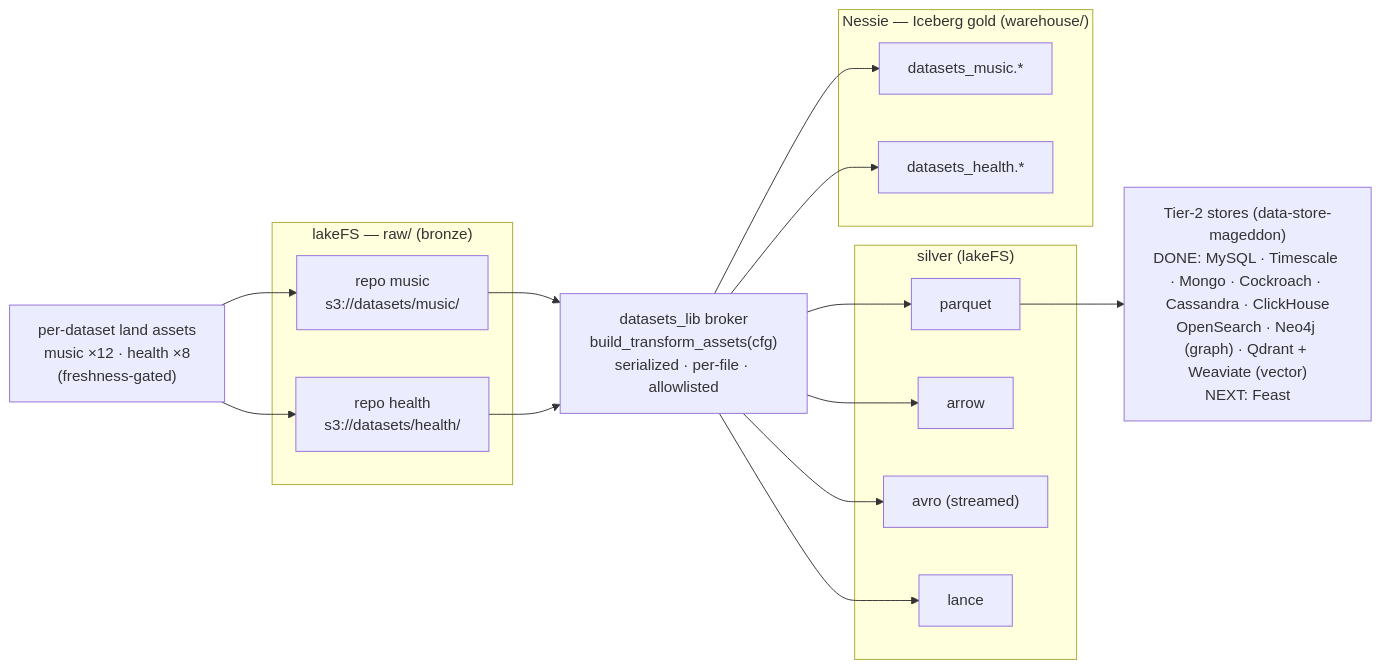
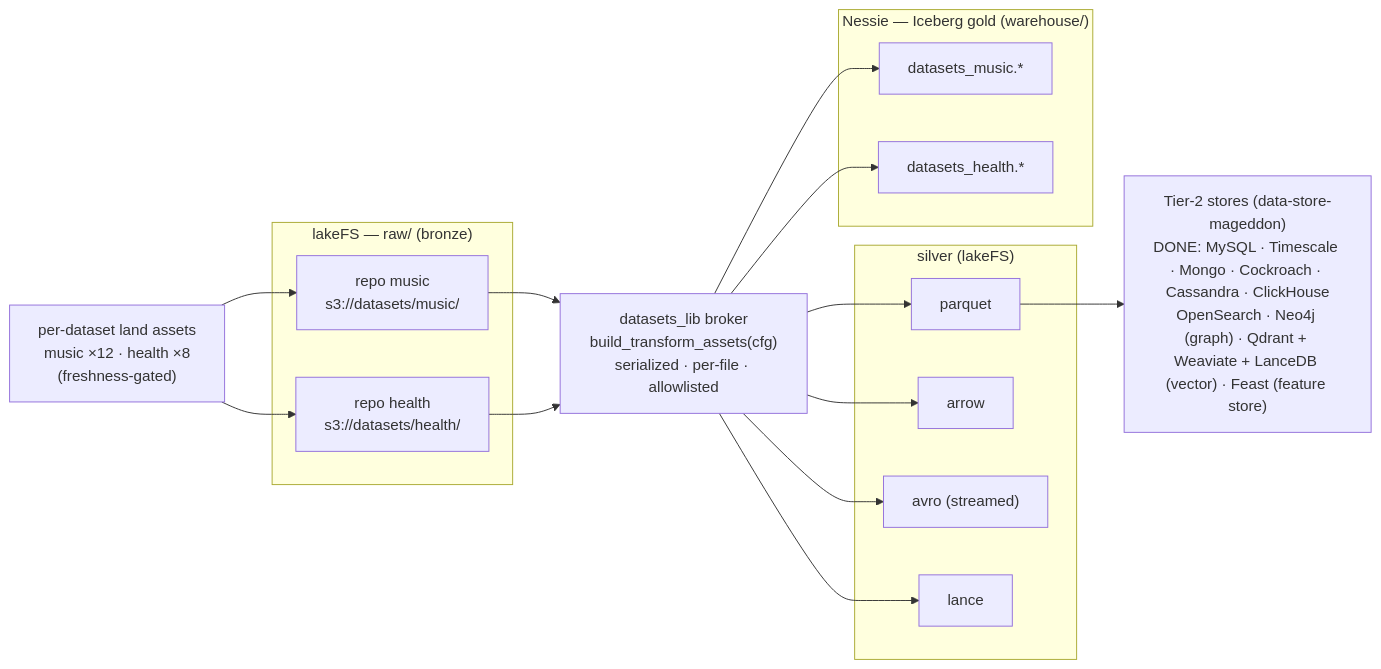
One commit to edtbl76/weyland-lab changed the third of 3 diagrams in docs/arch.md. Above: the diagram before and after it, drawn with Mermaid. The commit also changed other lines of this file and 17 other files, not shown here.

````diff
--- a/docs/arch.md
+++ b/docs/arch.md
@@ -379,31 +381,31 @@
 ```mermaid
 flowchart LR
   LAND["per-dataset land assets\nmusic ×12 · health ×8\n(freshness-gated)"]
   subgraph LakeFS["lakeFS — raw/ (bronze)"]
     LM["repo music\ns3://datasets/music/"]
     LH["repo health\ns3://datasets/health/"]
   end
   BROKER["datasets_lib broker\nbuild_transform_assets(cfg)\nserialized · per-file · allowlisted"]
   subgraph Silver["silver (lakeFS)"]
     PQ["parquet"]
     AR["arrow"]
     AV["avro (streamed)"]
     LN["lance"]
   end
   subgraph Nessie["Nessie — Iceberg gold (warehouse/)"]
     NM["datasets_music.*"]
     NH["datasets_health.*"]
   end
-  STORES["Tier-2 stores (data-store-mageddon)\nDONE: MySQL · Timescale · Mongo · Cockroach · Cassandra · ClickHouse\nOpenSearch · Neo4j (graph) · Qdrant + Weaviate (vector)\nNEXT: Feast"]
+  STORES["Tier-2 stores (data-store-mageddon)\nDONE: MySQL · Timescale · Mongo · Cockroach · Cassandra · ClickHouse\nOpenSearch · Neo4j (graph) · Qdrant + Weaviate + LanceDB (vector) · Feast (feature store)"]
   LAND --> LM
   LAND --> LH
   LM --> BROKER
   LH --> BROKER
   BROKER --> PQ
   BROKER --> AR
   BROKER --> AV
   BROKER --> LN
   BROKER --> NM
   BROKER --> NH
   PQ --> STORES
 ```
````
